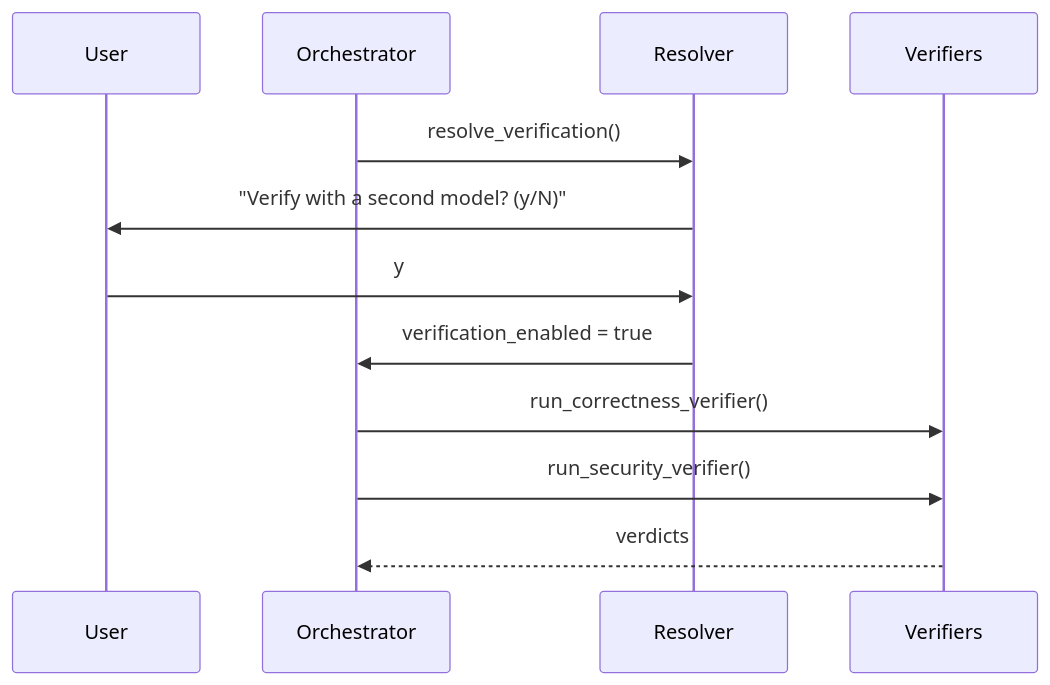
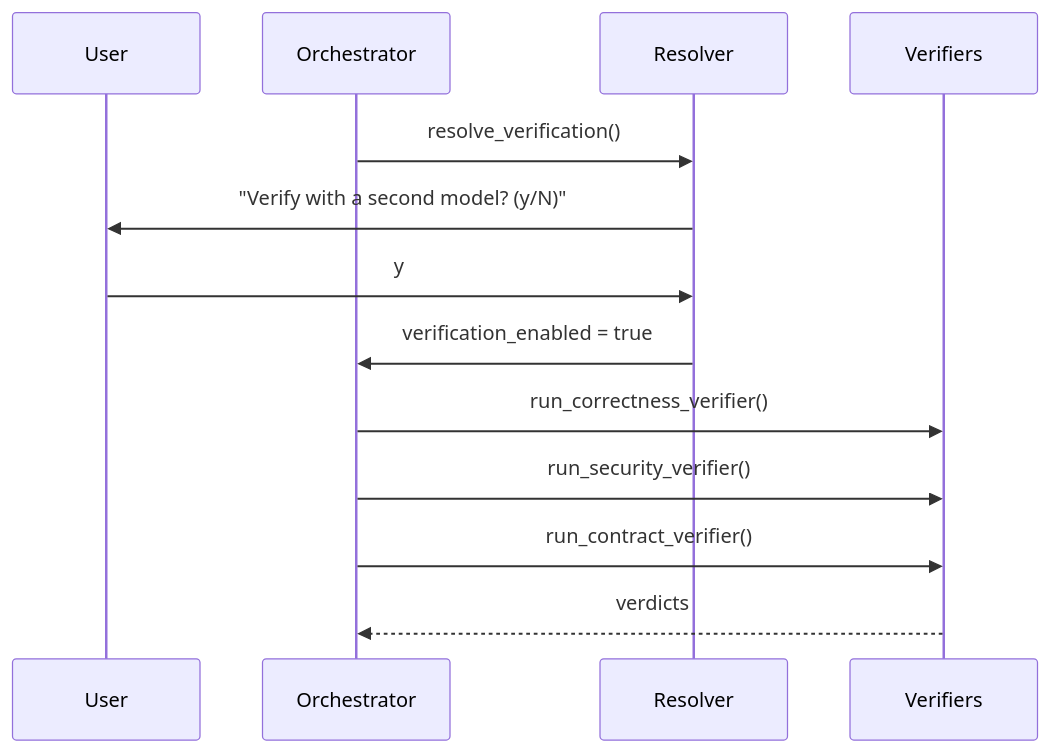
One commit to arubara2021/CodeGuardian changed diagram 14 of 25 in docs/04-architecture.md. Above: the diagram before and after it, drawn with Mermaid. The commit also changed other lines of this file and 5 other files, not shown here.

````diff
--- a/docs/04-architecture.md
+++ b/docs/04-architecture.md
@@ -601,15 +839,16 @@
 ```mermaid
 sequenceDiagram
     participant User
     participant Orchestrator
     participant Resolver
     participant Verifiers
 
     Orchestrator->>Resolver: resolve_verification()
     Resolver->>User: "Verify with a second model? (y/N)"
     User->>Resolver: y
     Resolver->>Orchestrator: verification_enabled = true
     Orchestrator->>Verifiers: run_correctness_verifier()
     Orchestrator->>Verifiers: run_security_verifier()
+    Orchestrator->>Verifiers: run_contract_verifier()
     Verifiers-->>Orchestrator: verdicts
 ```
````
